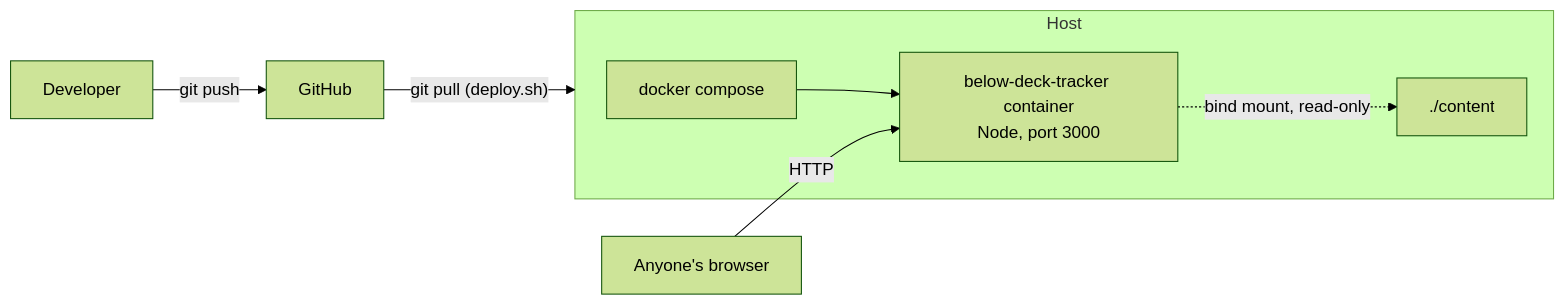
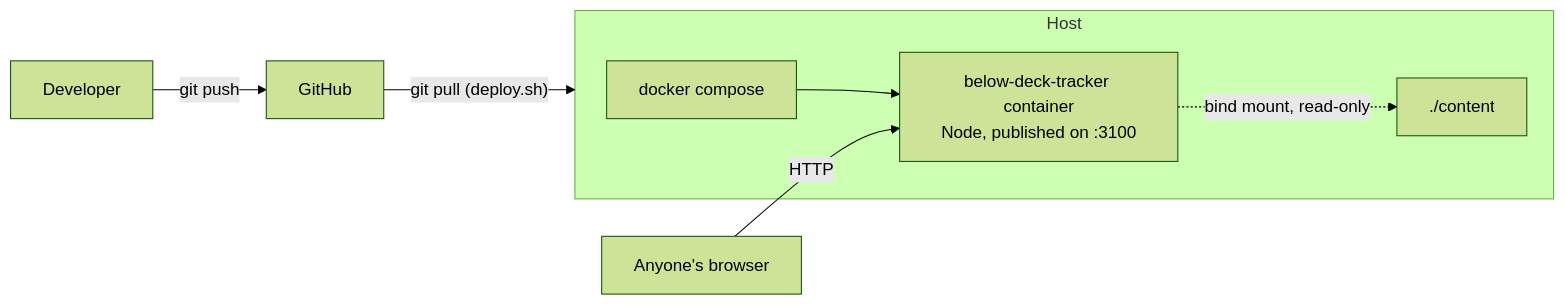
Before and after one commit to weldrake13/below-deck-tracker: the second of 2 diagrams in README.md, drawn with Mermaid (forest theme). The commit also changed other lines of this file and 6 other files, not shown here.

````diff
--- a/README.md
+++ b/README.md
@@ -83,12 +83,12 @@
 ```mermaid
 flowchart LR
     Dev["Developer"] -->|"git push"| Repo["GitHub"]
     Repo -->|"git pull (deploy.sh)"| Host["Production host"]
 
     subgraph Host
-        Compose["docker compose"] --> Container["below-deck-tracker container\nNode, port 3000"]
+        Compose["docker compose"] --> Container["below-deck-tracker container\nNode, published on :3100"]
         Container -.->|"bind mount, read-only"| ContentDir["./content"]
     end
 
     Visitor["Anyone's browser"] -->|"HTTP"| Container
 ```
````
